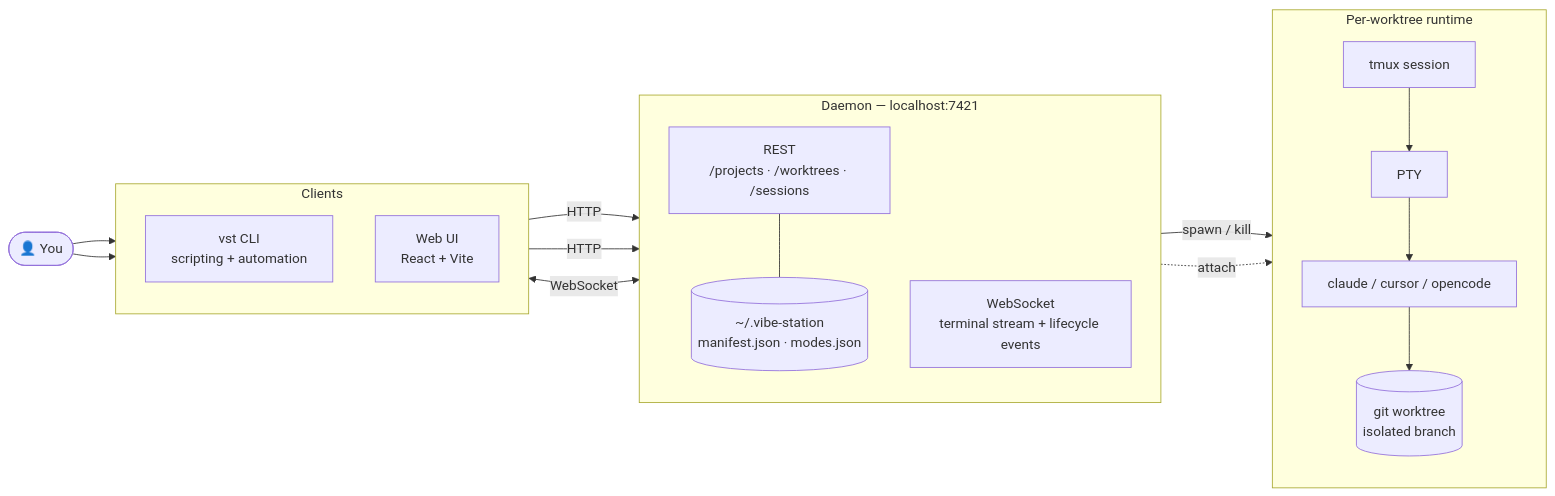
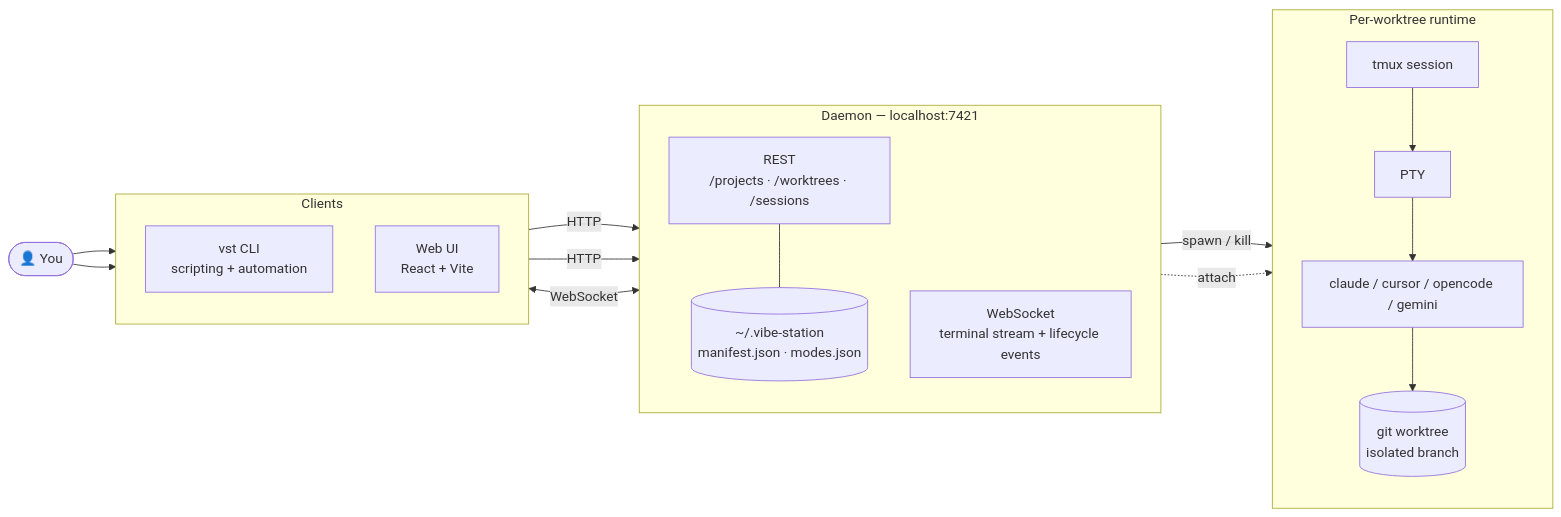
The diagram in README.md (fastestdevalive/vibe-station), drawn with Mermaid before and after one commit. The commit also changed other lines of this file, not shown here.

First line of the commit message:
docs: add Gemini CLI to README

````diff
--- a/README.md
+++ b/README.md
@@ -323,36 +320,36 @@
 ```mermaid
 flowchart LR
   user([👤 You])
 
   subgraph clients [Clients]
     direction TB
     cli["vst CLI<br/>scripting + automation"]
     webui["Web UI<br/>React + Vite"]
   end
 
   subgraph daemon ["Daemon — localhost:7421"]
     direction TB
     rest["REST<br/>/projects · /worktrees · /sessions"]
     ws["WebSocket<br/>terminal stream + lifecycle events"]
     state[("~/.vibe-station<br/>manifest.json · modes.json")]
   end
 
   subgraph runtime ["Per-worktree runtime"]
     direction TB
     tmux["tmux session"]
     pty["PTY"]
-    agent["claude / cursor / opencode"]
+    agent["claude / cursor / opencode / gemini"]
     repo[("git worktree<br/>isolated branch")]
   end
 
   user --> cli
   user --> webui
   cli -->|HTTP| rest
   webui -->|HTTP| rest
   webui <-->|WebSocket| ws
   rest --- state
   rest -->|spawn / kill| tmux
   ws -.->|attach| tmux
   tmux --> pty --> agent
   agent --> repo
 ```
````
